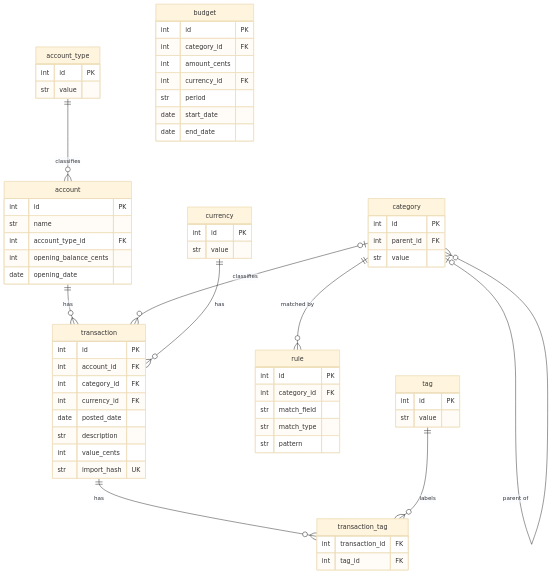
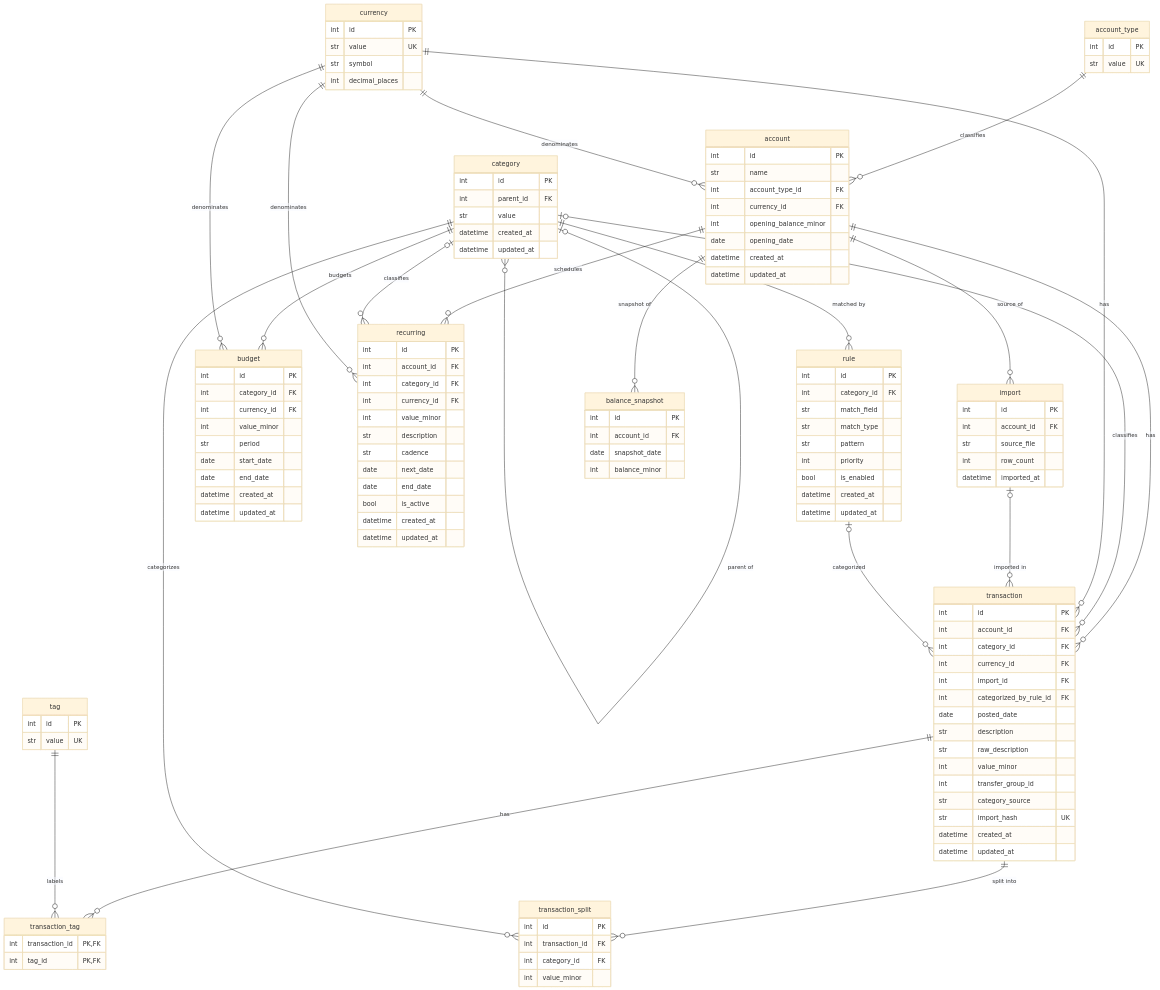
One commit to Benkendorfer/budget_tracker changed the diagram in README.md. Above: the diagram before and after it, drawn with Mermaid. The commit also changed other lines of this file and 1 other file, not shown here.

Commit message:
Flesh out database schema

````diff
--- a/README.md
+++ b/README.md
@@ -36,42 +64,68 @@
 erDiagram
     account ||--o{ transaction : has
     account_type ||--o{ account : classifies
+    currency ||--o{ account : denominates
     category |o--o{ transaction : classifies
     category |o--o{ category : "parent of"
     currency ||--o{ transaction : has
     category ||--o{ rule : "matched by"
     transaction ||--o{ transaction_tag : has
     tag ||--o{ transaction_tag : labels
+    transaction ||--o{ transaction_split : "split into"
+    category ||--o{ transaction_split : categorizes
+    category ||--o{ budget : budgets
+    currency ||--o{ budget : denominates
+    account ||--o{ recurring : schedules
+    category |o--o{ recurring : classifies
+    currency ||--o{ recurring : denominates
+    account ||--o{ import : "source of"
+    import |o--o{ transaction : "imported in"
+    rule |o--o{ transaction : categorized
+    account ||--o{ balance_snapshot : "snapshot of"
 
     account_type {
         int id PK
-        str value
+        str value UK
     }
     account {
         int id PK
         str name
         int account_type_id FK
-        int opening_balance_cents
+        int currency_id FK
+        int opening_balance_minor
         date opening_date
+        datetime created_at
+        datetime updated_at
     }
     transaction {
         int id PK
         int account_id FK
         int category_id FK
         int currency_id FK
+        int import_id FK
+        int categorized_by_rule_id FK
         date posted_date
         str description
-        int value_cents
+        str raw_description
+        int value_minor
+        int transfer_group_id
+        str category_source
         str import_hash UK
+        datetime created_at
+        datetime updated_at
     }
     currency {
         int id PK
-        str value
+        str value UK
+        str symbol
+        int decimal_places
     }
     category {
         int id PK
         int parent_id FK
         str value
+        datetime created_at
+        datetime updated_at
     }
     rule {
         int id PK
@@ -79,22 +133,61 @@
         str match_field
         str match_type
         str pattern
+        int priority
+        bool is_enabled
+        datetime created_at
+        datetime updated_at
     }
     tag {
         int id PK
-        str value
+        str value UK
     }
     transaction_tag {
+        int transaction_id PK, FK
+        int tag_id PK, FK
+    }
+    transaction_split {
+        int id PK
         int transaction_id FK
-        int tag_id FK
+        int category_id FK
+        int value_minor
     }
     budget {
         int id PK
         int category_id FK
-        int amount_cents
         int currency_id FK
+        int value_minor
         str period
         date start_date
         date end_date
+        datetime created_at
+        datetime updated_at
+    }
+    recurring {
+        int id PK
+        int account_id FK
+        int category_id FK
+        int currency_id FK
+        int value_minor
+        str description
+        str cadence
+        date next_date
+        date end_date
+        bool is_active
+        datetime created_at
+        datetime updated_at
+    }
+    import {
+        int id PK
+        int account_id FK
+        str source_file
+        int row_count
+        datetime imported_at
+    }
+    balance_snapshot {
+        int id PK
+        int account_id FK
+        date snapshot_date
+        int balance_minor
     }
 ```
````
